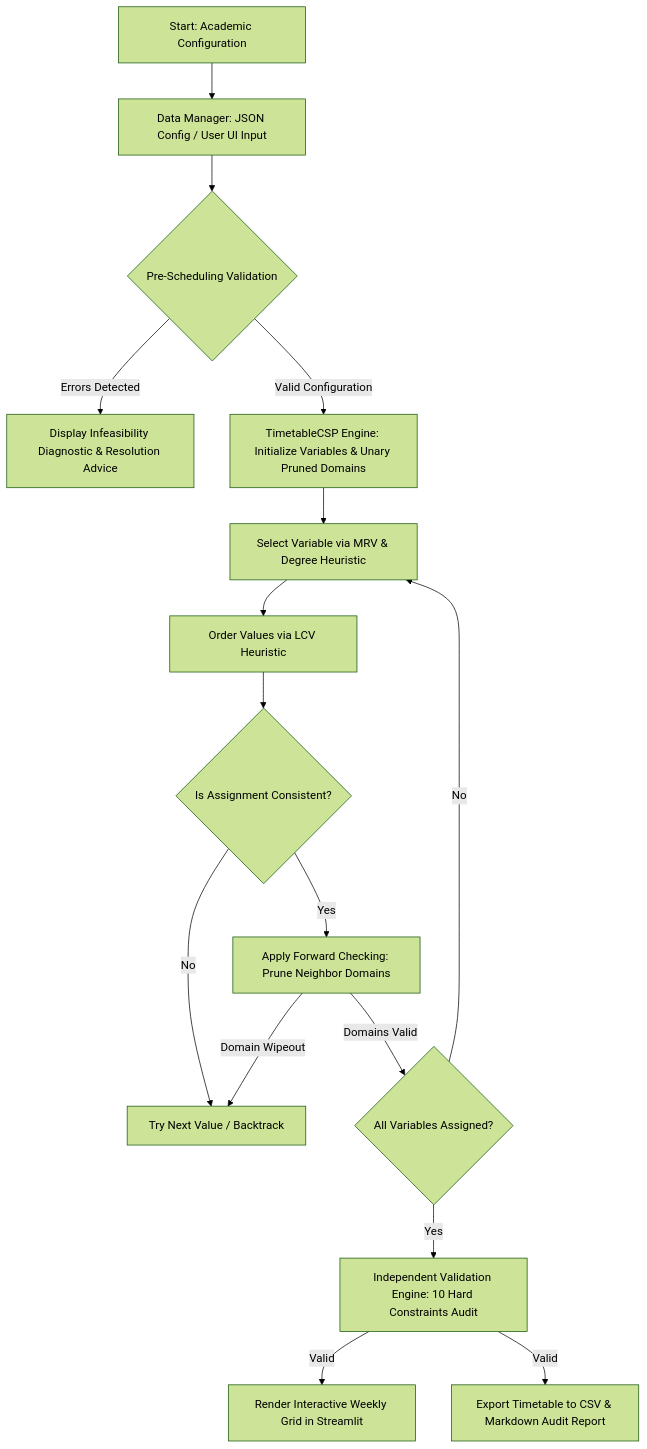
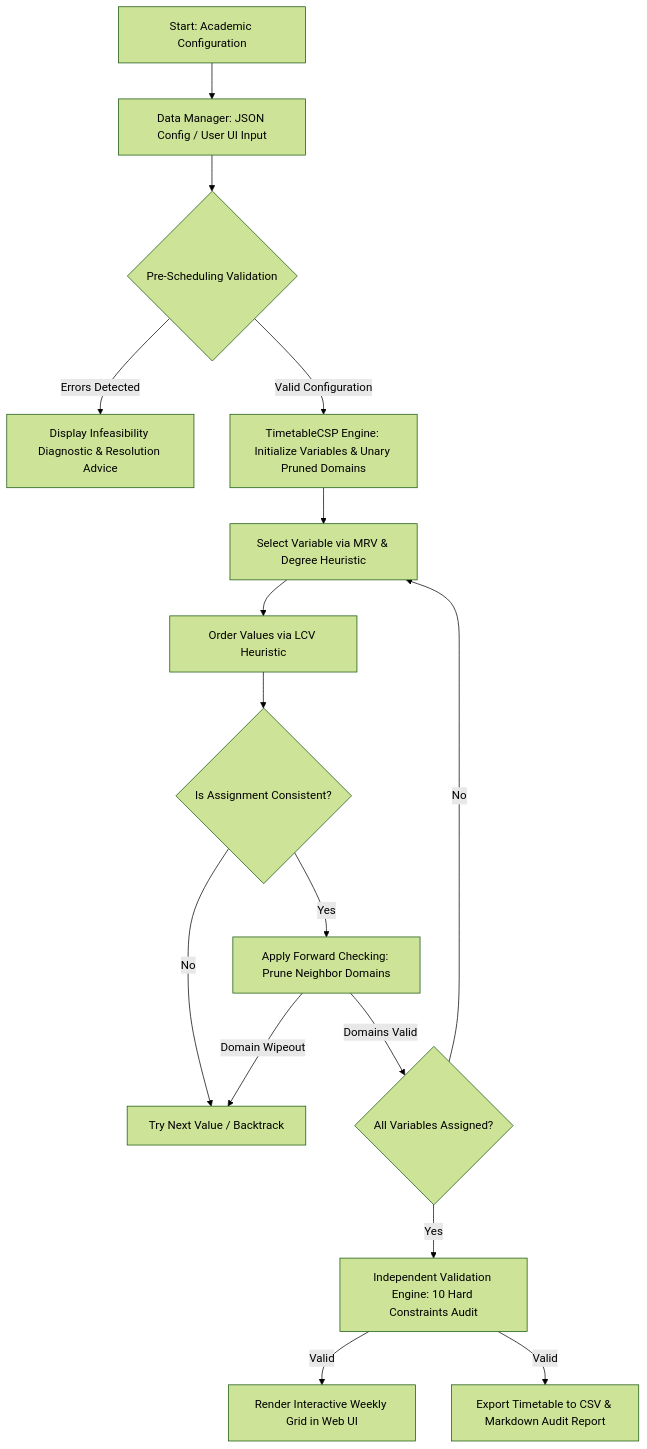
The diagram in docs/ACADEMIC_REPORT.md (jaytomar19/SmartSlot-AI-main), drawn with Mermaid (forest theme) before and after one commit. The commit also changed 11 other files, not shown here.

````diff
--- a/docs/ACADEMIC_REPORT.md
+++ b/docs/ACADEMIC_REPORT.md
@@ -147,18 +147,18 @@
 ```mermaid
 flowchart TD
     A[Start: Academic Configuration] --> B[Data Manager: JSON Config / User UI Input]
     B --> C{Pre-Scheduling Validation}
     C -- Errors Detected --> D[Display Infeasibility Diagnostic & Resolution Advice]
     C -- Valid Configuration --> E[TimetableCSP Engine: Initialize Variables & Unary Pruned Domains]
     E --> F[Select Variable via MRV & Degree Heuristic]
     F --> G[Order Values via LCV Heuristic]
     G --> H{Is Assignment Consistent?}
     H -- No --> I[Try Next Value / Backtrack]
     H -- Yes --> J[Apply Forward Checking: Prune Neighbor Domains]
     J -- Domain Wipeout --> I
     J -- Domains Valid --> K{All Variables Assigned?}
     K -- No --> F
     K -- Yes --> L[Independent Validation Engine: 10 Hard Constraints Audit]
-    L -- Valid --> M[Render Interactive Weekly Grid in Streamlit]
+    L -- Valid --> M[Render Interactive Weekly Grid in Web UI]
     L -- Valid --> N[Export Timetable to CSV & Markdown Audit Report]
 ```
````
